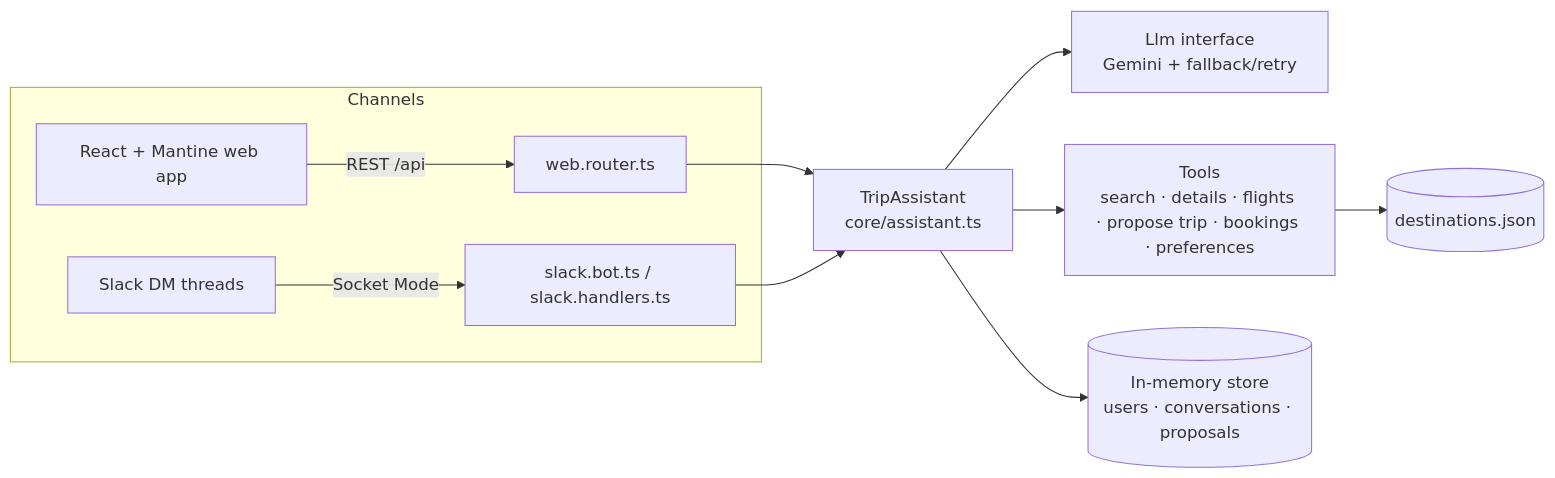
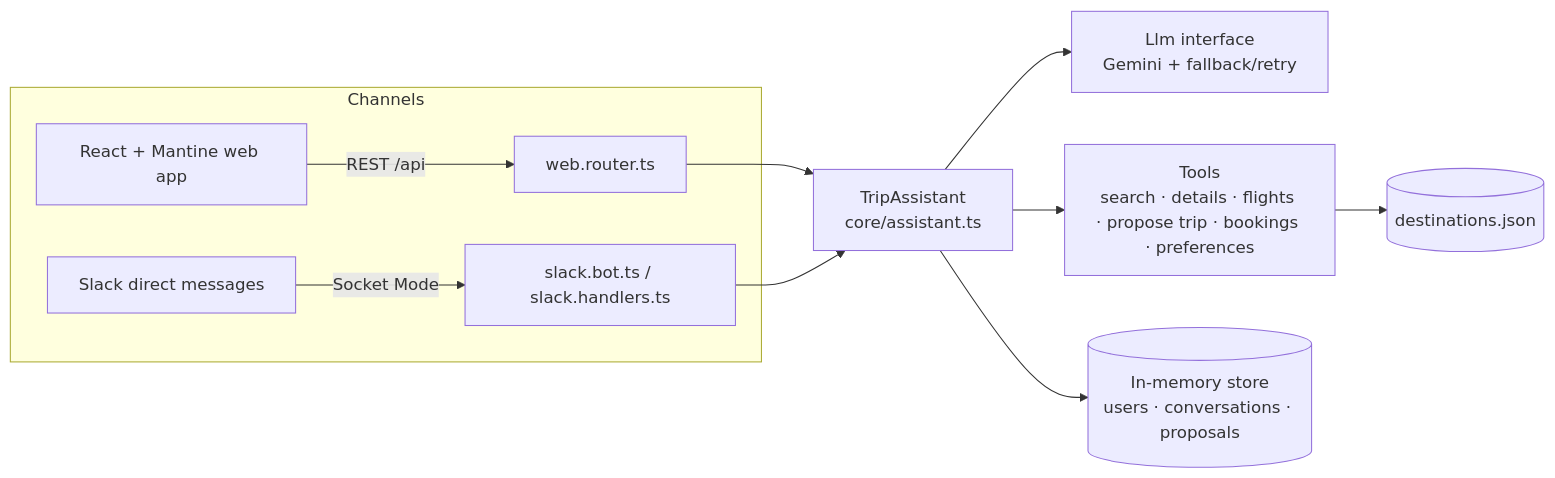
One commit to dvora-novogrodski/channels-assistant changed the diagram in README.md. Above: the diagram before and after it, drawn with Mermaid. The commit also changed other lines of this file and 5 other files, not shown here.

````diff
--- a/README.md
+++ b/README.md
@@ -35,13 +35,13 @@
 ```mermaid
 flowchart LR
   subgraph Channels
     W[React + Mantine web app] -->|REST /api| R[web.router.ts]
-    S[Slack DM threads] -->|Socket Mode| B[slack.bot.ts / slack.handlers.ts]
+    S[Slack direct messages] -->|Socket Mode| B[slack.bot.ts / slack.handlers.ts]
   end
   R --> A[TripAssistant<br/>core/assistant.ts]
   B --> A
   A --> L[Llm interface<br/>Gemini + fallback/retry]
   A --> T[Tools<br/>search · details · flights · propose trip · bookings · preferences]
   T --> D[(destinations.json)]
   A --> M[(In-memory store<br/>users · conversations · proposals)]
 ```
````
